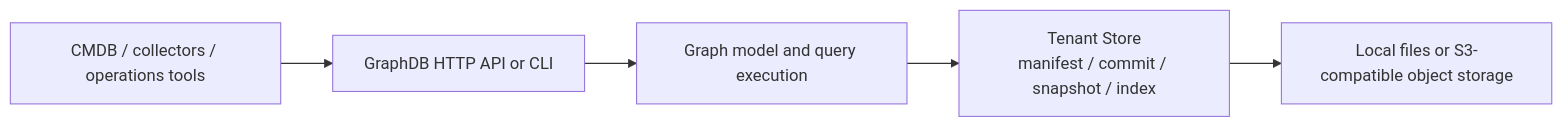
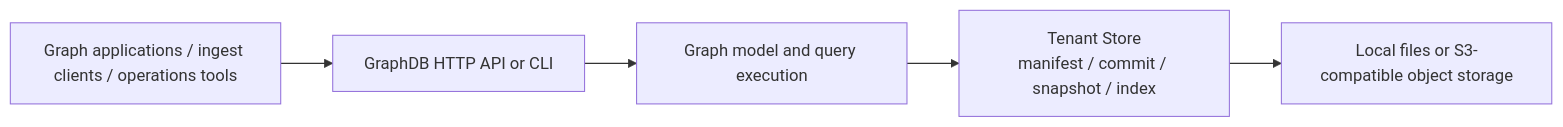
One commit to SamuelSupe/graphdb changed the diagram in docs/database-introduction.md. Above: the diagram before and after it, drawn with Mermaid. The commit also changed other lines of this file and 17 other files, not shown here.

Commit message:
docs: refresh general graph documentation

````diff
--- a/docs/database-introduction.md
+++ b/docs/database-introduction.md
@@ -76,7 +82,7 @@
 ```mermaid
 flowchart LR
-  Client["CMDB / collectors / operations tools"] --> API["GraphDB HTTP API or CLI"]
+  Client["Graph applications / ingest clients / operations tools"] --> API["GraphDB HTTP API or CLI"]
   API --> Graph["Graph model and query execution"]
   Graph --> Store["Tenant Store\nmanifest / commit / snapshot / index"]
   Store --> Object["Local files or S3-compatible object storage"]
 ```
````
